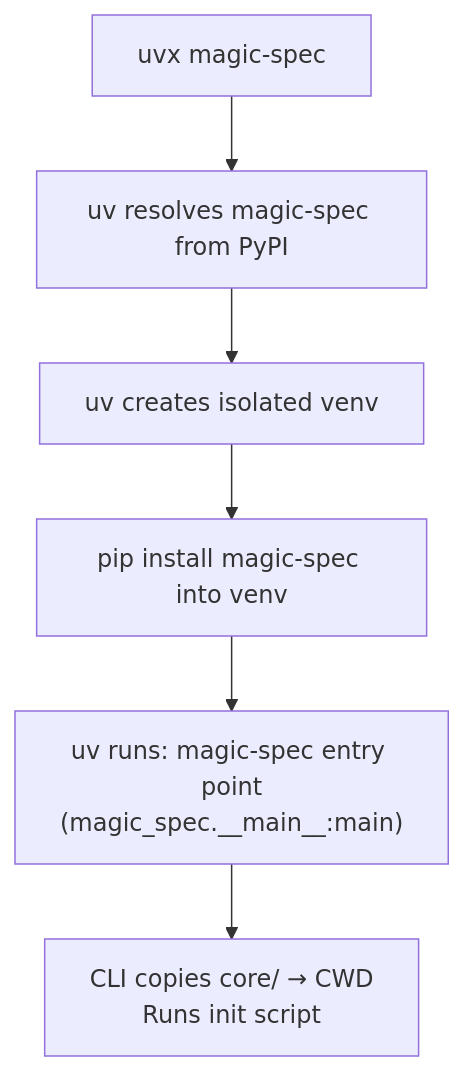
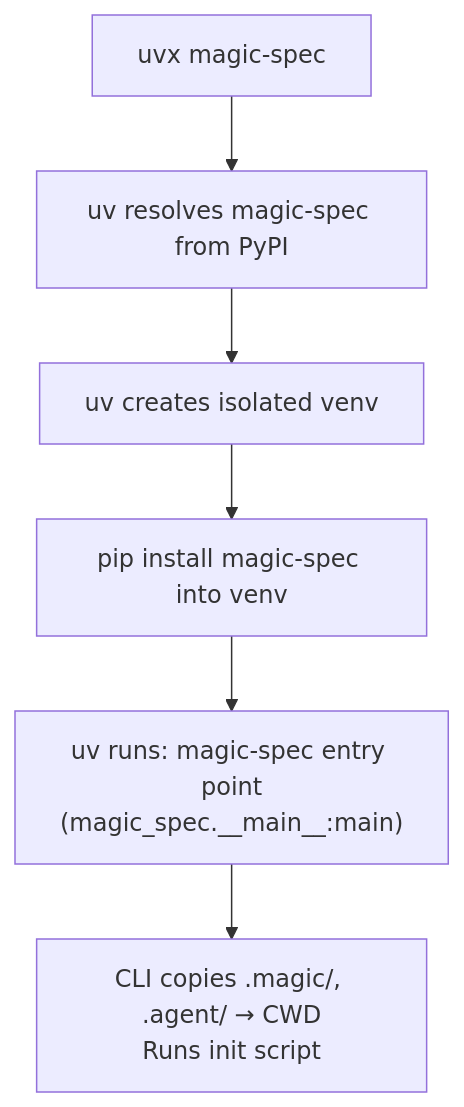
One commit to teratron/magic-spec changed the first of 2 diagrams in .design/specifications/distribution-pypi.md. Above: the diagram before and after it, drawn with Mermaid. The commit also changed other lines of this file and 9 other files, not shown here.

Commit message:
feat: add initial design specifications for distribution, architecture, CLI, and secrets management.

````diff
--- a/.design/specifications/distribution-pypi.md
+++ b/.design/specifications/distribution-pypi.md
@@ -77,8 +79,8 @@
 ```mermaid
 graph TD
     A["uvx magic-spec"] --> B["uv resolves magic-spec from PyPI"]
     B --> C["uv creates isolated venv"]
     C --> D["pip install magic-spec into venv"]
     D --> E["uv runs: magic-spec entry point\n(magic_spec.__main__:main)"]
-    E --> F["CLI copies core/ → CWD\nRuns init script"]
+    E --> F["CLI copies .magic/, .agent/ → CWD\nRuns init script"]
 ```
````
